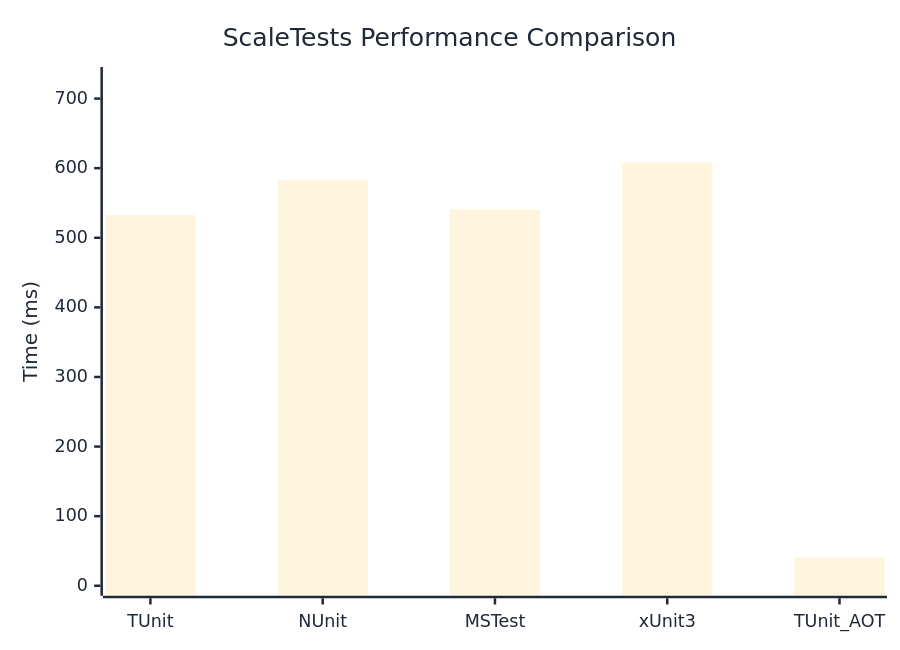
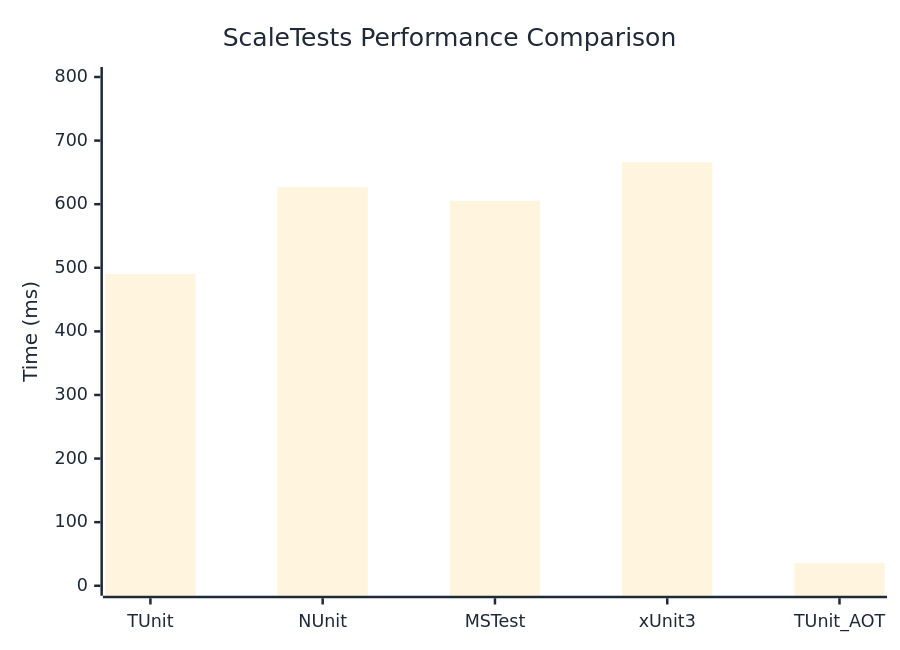
One commit to thomhurst/TUnit changed the diagram in docs/docs/benchmarks/ScaleTests.md. Above: the diagram before and after it, drawn with Mermaid. The commit also changed other lines of this file and 17 other files, not shown here.

````diff
--- a/docs/docs/benchmarks/ScaleTests.md
+++ b/docs/docs/benchmarks/ScaleTests.md
@@ -27,37 +27,37 @@
 ```mermaid
 %%{init: {
   'theme':'base',
   'themeVariables': {
     'primaryColor': '#2563eb',
     'primaryTextColor': '#1f2937',
     'primaryBorderColor': '#1e40af',
     'lineColor': '#6b7280',
     'secondaryColor': '#7c3aed',
     'tertiaryColor': '#dc2626',
     'background': '#ffffff',
     'mainBkg': '#2563eb',
     'secondBkg': '#7c3aed',
     'tertiaryBkg': '#dc2626',
     'clusterBkg': '#f3f4f6',
     'edgeLabelBackground': '#ffffff',
     'tertiaryTextColor': '#1f2937',
     'pie1': '#2563eb',
     'pie2': '#7c3aed',
     'pie3': '#dc2626',
     'pie4': '#f59e0b',
     'pie5': '#10b981',
     'pie6': '#06b6d4',
     'pie7': '#ec4899',
     'pie8': '#6366f1',
     'pie9': '#84cc16',
     'pie10': '#f97316',
     'pie11': '#14b8a6',
     'pie12': '#a855f7'
   }
 }}%%
 xychart-beta
   title "ScaleTests Performance Comparison"
   x-axis ["TUnit", "NUnit", "MSTest", "xUnit3", "TUnit_AOT"]
-  y-axis "Time (ms)" 0 --> 731
-  bar [532.6, 583.26, 540.89, 608.55, 40.71]
+  y-axis "Time (ms)" 0 --> 800
+  bar [490.32, 626.66, 605.43, 665.98, 35.74]
 ```
````
